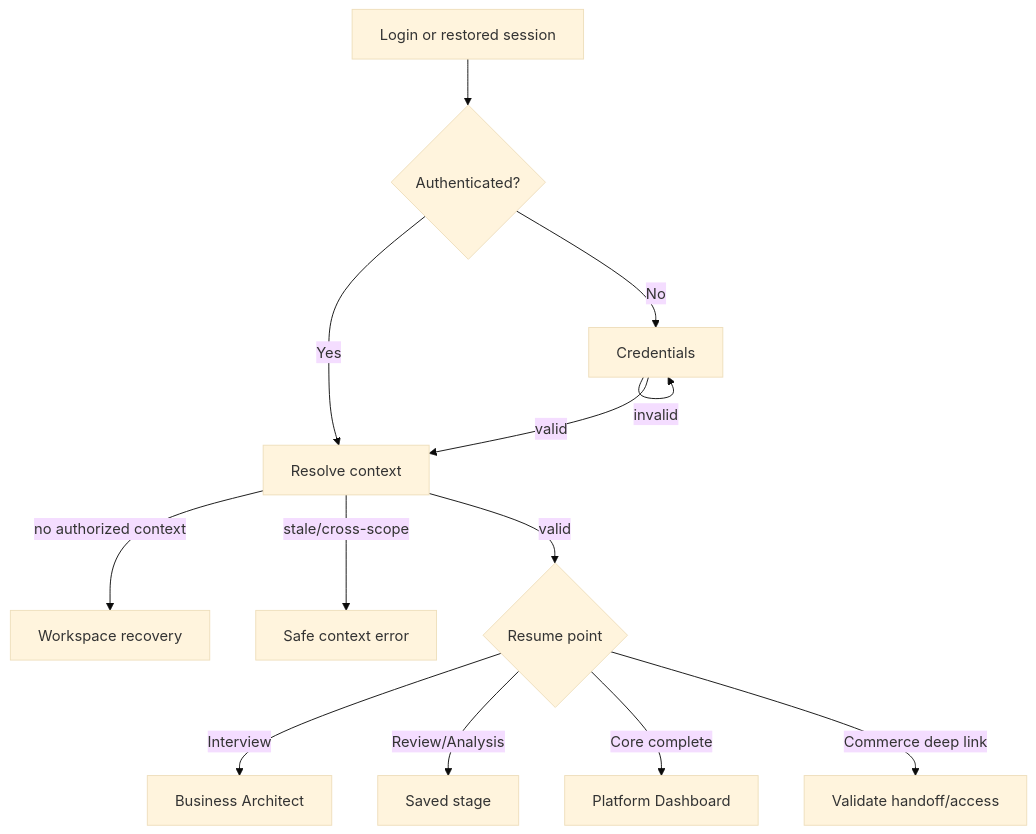
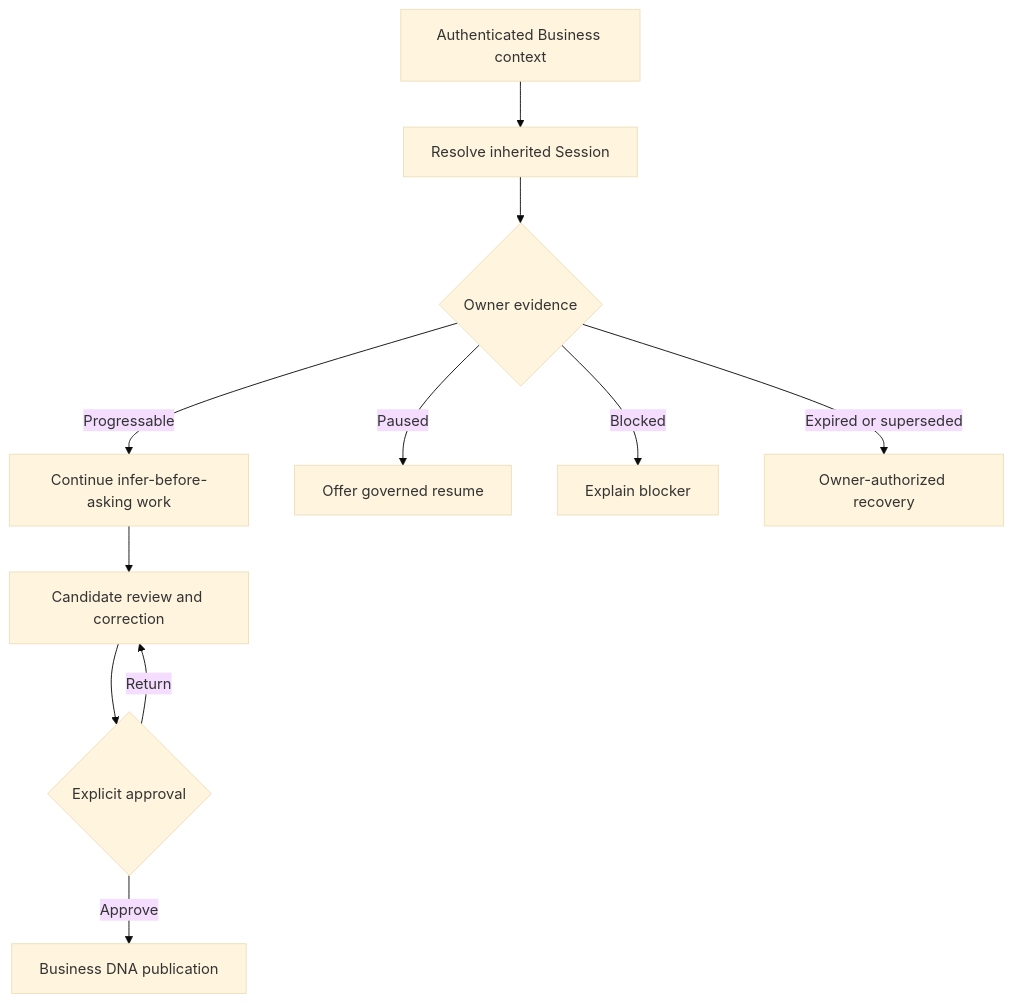
The fourth of 10 diagrams in docs/03-ui-ux/06-USER-FLOWS.md (Mustafa-1993-commits/nexoraxs-v3), drawn with Mermaid (base theme) before and after one commit. The commit also changed other lines of this file and 23 other files, not shown here.

````diff
--- a/docs/03-ui-ux/06-USER-FLOWS.md
+++ b/docs/03-ui-ux/06-USER-FLOWS.md
@@ -219,15 +120,13 @@
 ```mermaid
 flowchart TD
-    A[Login or restored session] --> B{Authenticated?}
-    B -->|No| C[Credentials]
-    C -->|invalid| C
-    C -->|valid| D[Resolve context]
-    B -->|Yes| D
-    D -->|no authorized context| E[Workspace recovery]
-    D -->|stale/cross-scope| F[Safe context error]
-    D -->|valid| G{Resume point}
-    G -->|Interview| H[Business Architect]
-    G -->|Review/Analysis| I[Saved stage]
-    G -->|Core complete| J[Platform Dashboard]
-    G -->|Commerce deep link| K[Validate handoff/access]
+  A[Authenticated Business context] --> B[Resolve inherited Session]
+  B --> C{Owner evidence}
+  C -->|Progressable| D[Continue infer-before-asking work]
+  C -->|Paused| E[Offer governed resume]
+  C -->|Blocked| F[Explain blocker]
+  C -->|Expired or superseded| G[Owner-authorized recovery]
+  D --> H[Candidate review and correction]
+  H --> I{Explicit approval}
+  I -->|Return| H
+  I -->|Approve| J[Business DNA publication]
 ```
````
